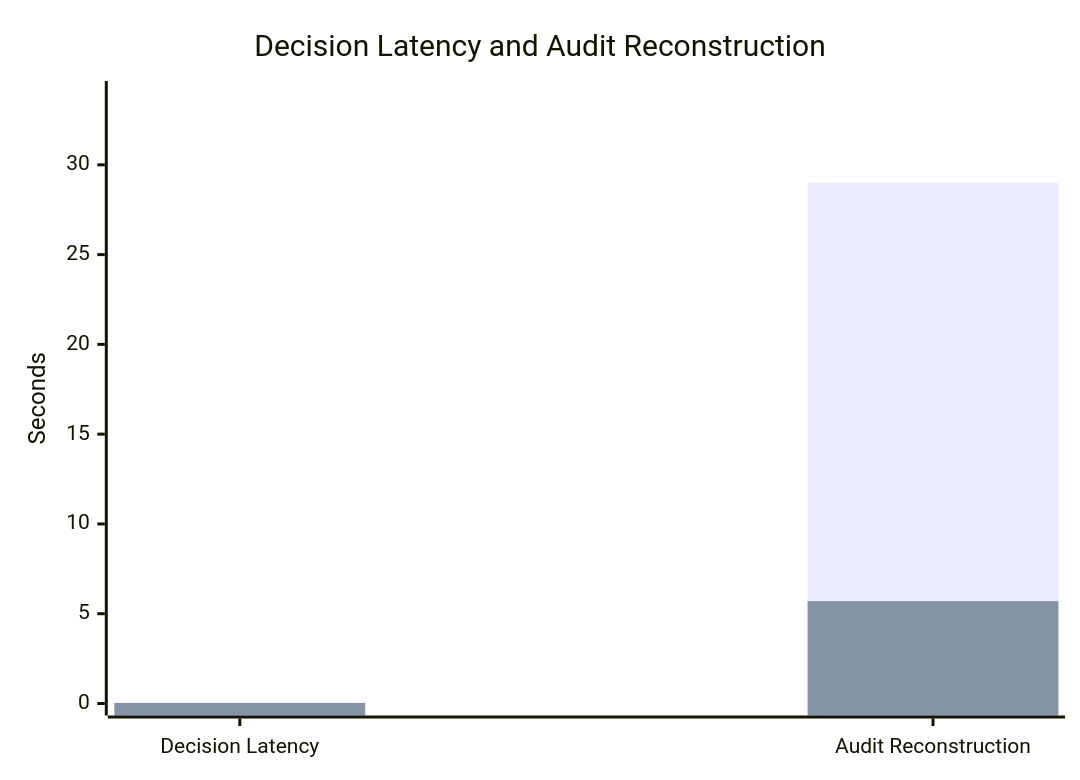
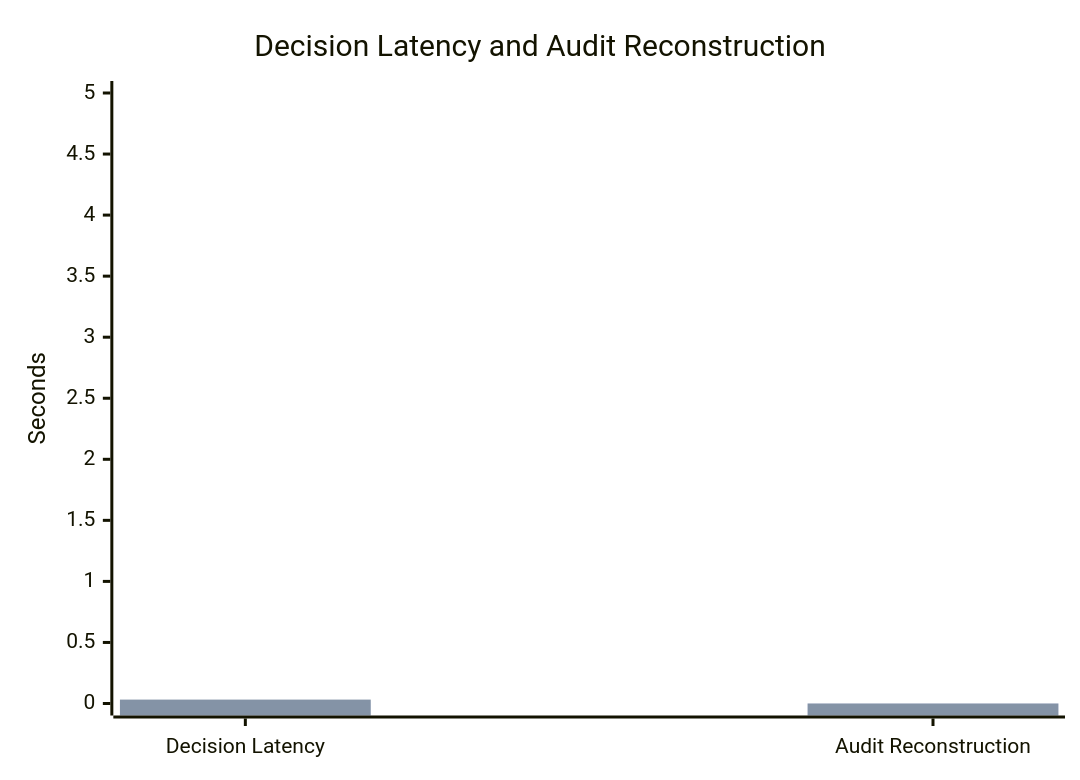
Before and after one commit to joy7758/agent-governance-benchmark: the third of 3 diagrams in docs/benchmark_report_v2.md, drawn with Mermaid. The commit also changed other lines of this file and 48 other files, not shown here.

````diff
--- a/docs/benchmark_report_v2.md
+++ b/docs/benchmark_report_v2.md
@@ -59,8 +54,8 @@
 ```mermaid
 xychart-beta
     title "Decision Latency and Audit Reconstruction"
     x-axis ["Decision Latency", "Audit Reconstruction"]
-    y-axis "Seconds" 0 --> 34
-    bar [0.0197, 29.0]
-    bar [0.035, 5.7]
+    y-axis "Seconds" 0 --> 5
+    bar [0.0175, 0.0]
+    bar [0.032, 0.0]
 ```
````
